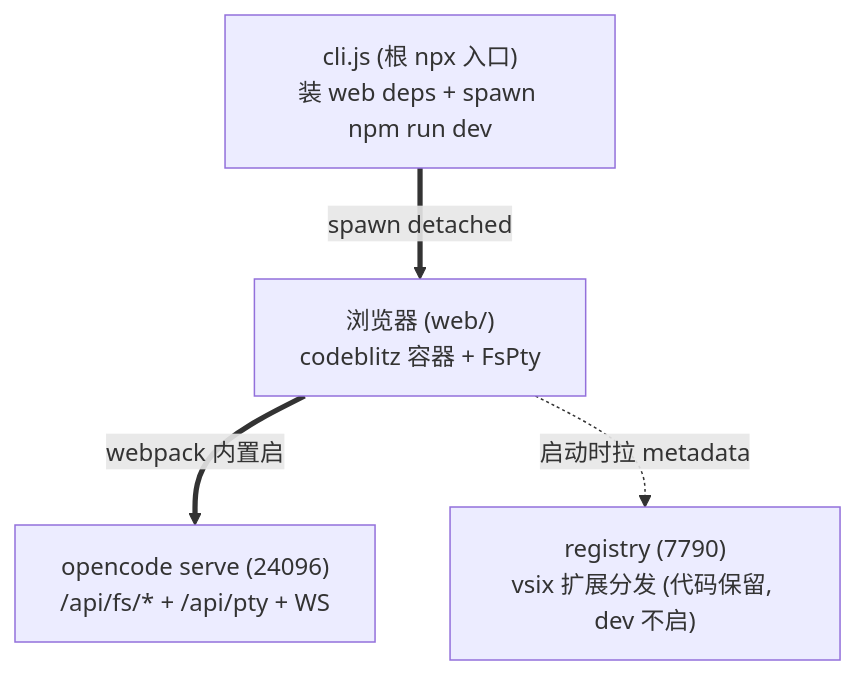
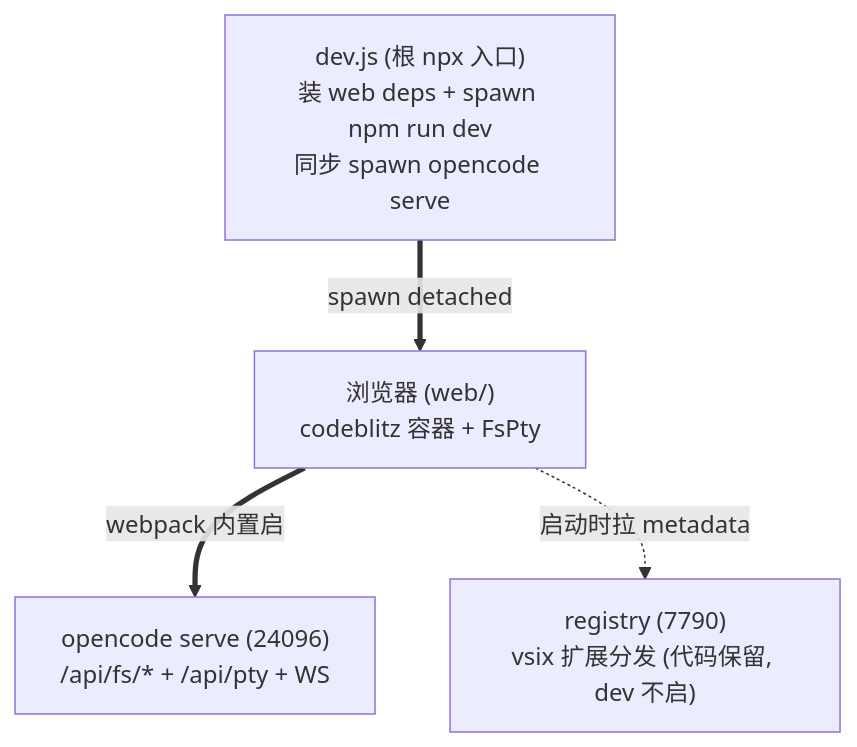
Before and after one commit to weizuxiao911/magicbook: the first of 2 diagrams in README.md, drawn with Mermaid. The commit also changed other lines of this file and 3 other files, not shown here.

First line of the commit message:
refactor: cli.js → dev.js (dev 启动入口语义更直观)

````diff
--- a/README.md
+++ b/README.md
@@ -8,11 +8,11 @@
 ```mermaid
 graph TB
     Browser["浏览器 (web/)<br/>codeblitz 容器 + FsPty"]
     Opencode["opencode serve (24096)<br/>/api/fs/* + /api/pty + WS"]
     Registry["registry (7790)<br/>vsix 扩展分发 (代码保留, dev 不启)"]
-    Cli["cli.js (根 npx 入口)<br/>装 web deps + spawn npm run dev"]
+    Cli["dev.js (根 npx 入口)<br/>装 web deps + spawn npm run dev<br/>同步 spawn opencode serve"]
 
     Cli ==>|"spawn detached"| Browser
     Browser ==>|"webpack 内置启"| Opencode
     Browser -.->|"启动时拉 metadata"| Registry
 ```
````
